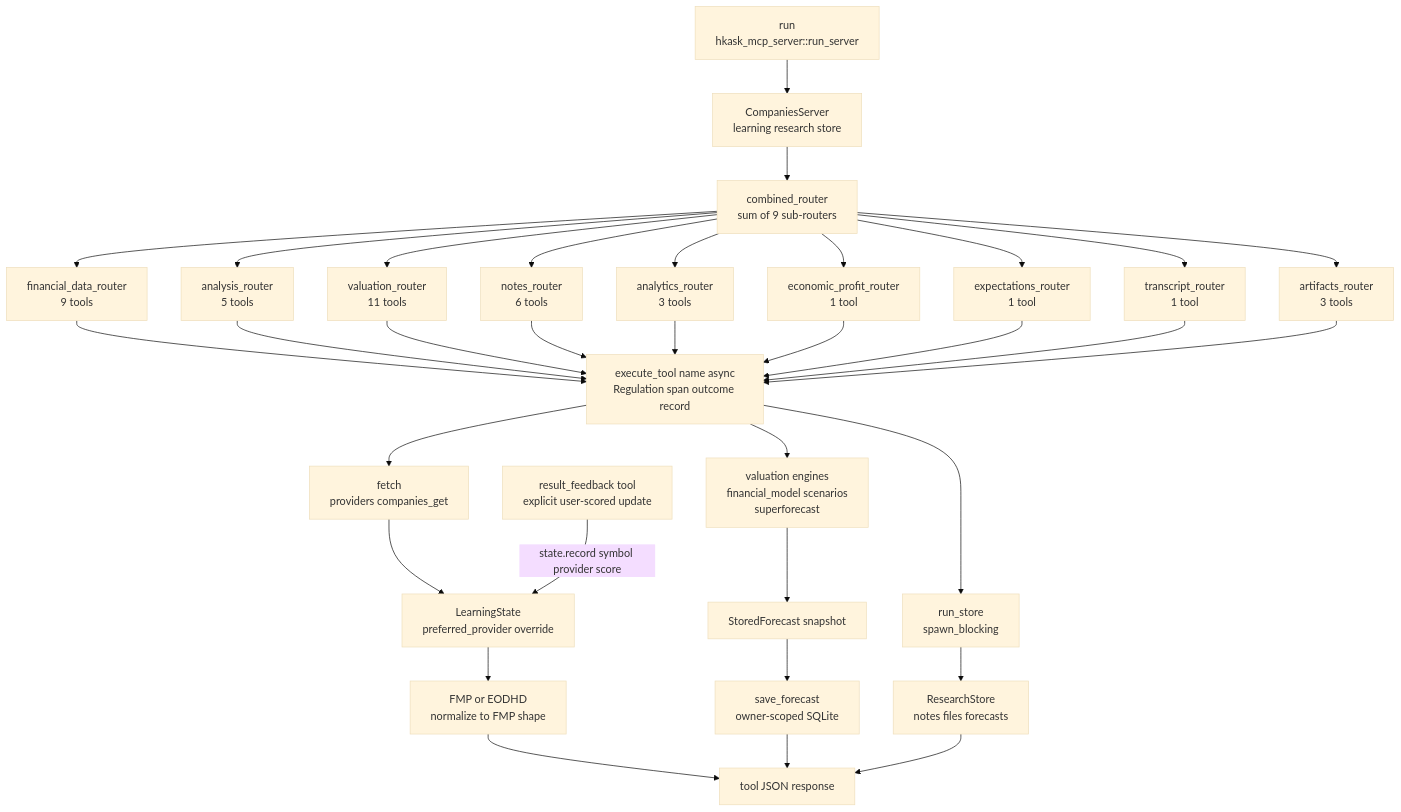
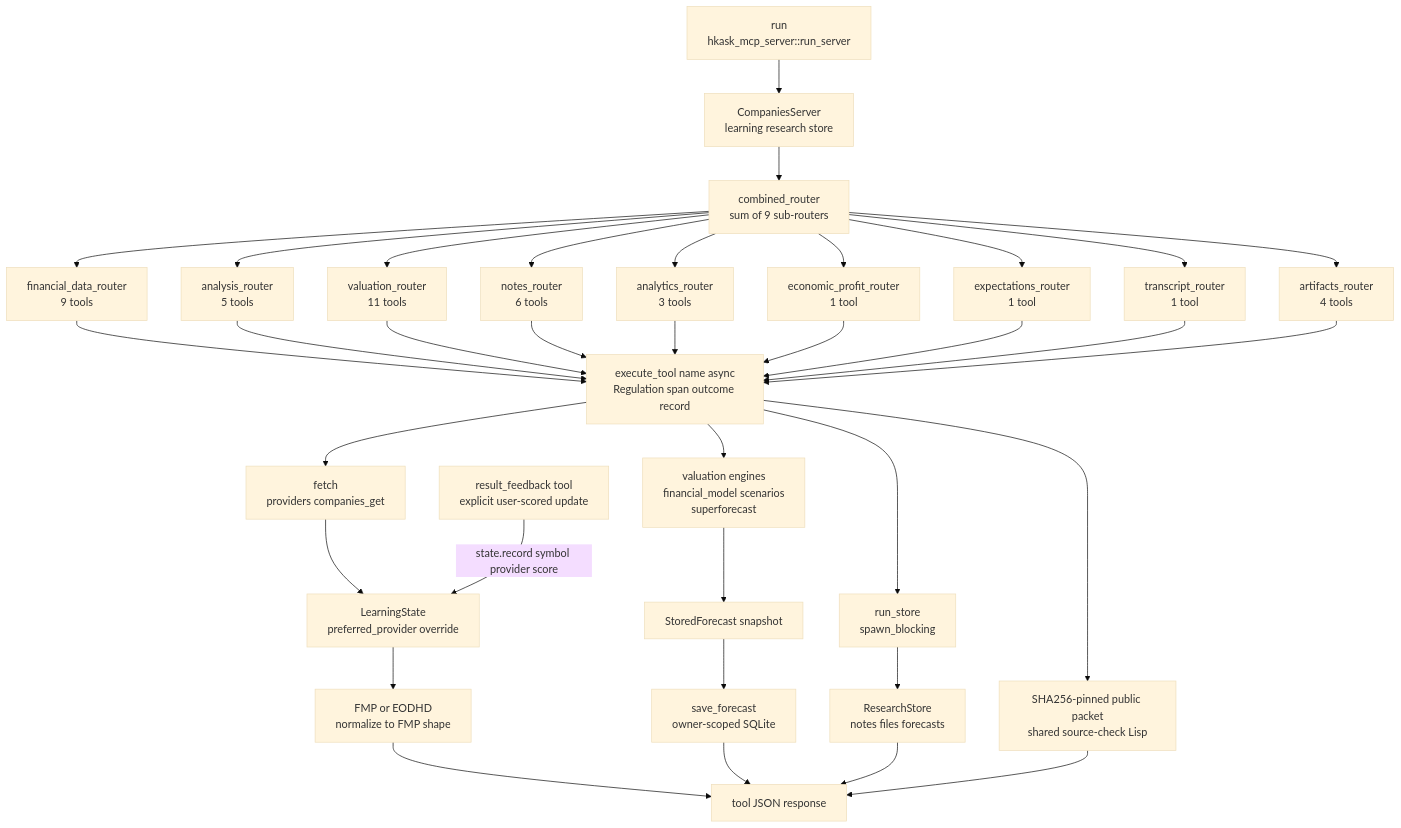
The second of 2 diagrams in kask/docs/reference/mcp-servers/companies.md (mdz-axo/zed-kask), drawn with Mermaid (base theme) before and after one commit. The commit also changed other lines of this file and 27 other files, not shown here.

````diff
--- a/kask/docs/reference/mcp-servers/companies.md
+++ b/kask/docs/reference/mcp-servers/companies.md
@@ -126,37 +126,39 @@
 ```mermaid
 flowchart TD
     Boot["run<br/>hkask_mcp_server::run_server"]
     Boot --> Srv["CompaniesServer<br/>learning research store"]
     Srv --> Comb["combined_router<br/>sum of 9 sub-routers"]
     Comb --> R1["financial_data_router<br/>9 tools"]
     Comb --> R2["analysis_router<br/>5 tools"]
     Comb --> R3["valuation_router<br/>11 tools"]
     Comb --> R4["notes_router<br/>6 tools"]
     Comb --> R5["analytics_router<br/>3 tools"]
     Comb --> R6["economic_profit_router<br/>1 tool"]
     Comb --> R7["expectations_router<br/>1 tool"]
     Comb --> R8["transcript_router<br/>1 tool"]
-    Comb --> R9["artifacts_router<br/>3 tools"]
+    Comb --> R9["artifacts_router<br/>4 tools"]
     R1 --> Seam["execute_tool name async<br/>Regulation span outcome record"]
     R2 --> Seam
     R3 --> Seam
     R4 --> Seam
     R5 --> Seam
     R6 --> Seam
     R7 --> Seam
     R8 --> Seam
     R9 --> Seam
     Seam --> SinkA["fetch<br/>providers companies_get"]
     Seam --> SinkB["valuation engines<br/>financial_model scenarios<br/>superforecast"]
     Seam --> SinkC["run_store<br/>spawn_blocking"]
+    Seam --> SinkD["SHA256-pinned public packet<br/>shared source-check Lisp"]
     SinkA --> Learn["LearningState<br/>preferred_provider override"]
     Learn --> FmpEod["FMP or EODHD<br/>normalize to FMP shape"]
     FmpEod --> Out["tool JSON response"]
     SinkB --> Stored["StoredForecast snapshot"]
     Stored --> Persist["save_forecast<br/>owner-scoped SQLite"]
     SinkC --> Ledger["ResearchStore<br/>notes files forecasts"]
     Persist --> Out
     Feedback["result_feedback tool<br/>explicit user-scored update"]
     Feedback -->|"state.record symbol provider score"| Learn
     Ledger --> Out
+    SinkD --> Out
 ```
````
